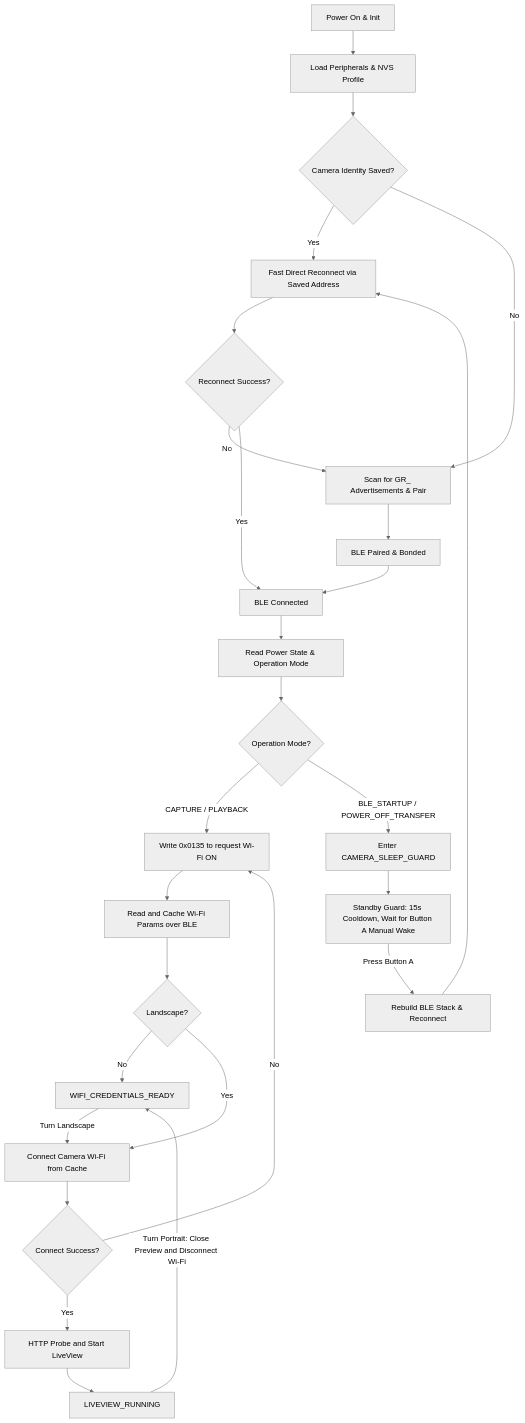
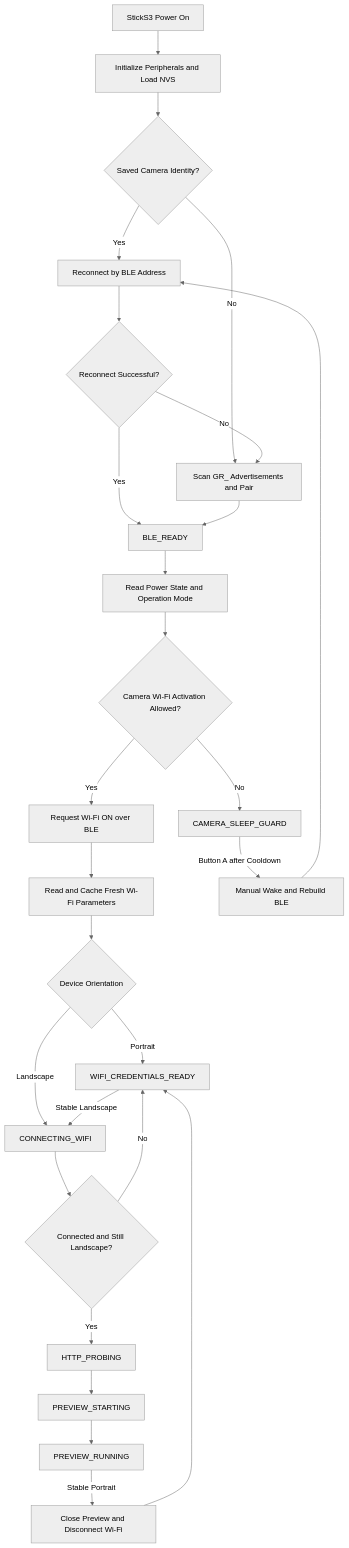
Before and after one commit to sky18Dragon/RICOH-GR-Live-View-Shooting: the diagram in README_EN.md, drawn with Mermaid (neutral theme). The commit also changed other lines of this file and 1 other file, not shown here.

Commit message:
docs: align readmes with posture-gated flow

````diff
--- a/README_EN.md
+++ b/README_EN.md
@@ -104,29 +129,29 @@
 ```mermaid
-graph TD
-    A[Power On & Init] --> B[Load Peripherals & NVS Profile]
-    B --> C{Camera Identity Saved?}
-    C -->|Yes| D[Fast Direct Reconnect via Saved Address]
-    C -->|No| E[Scan for GR_ Advertisements & Pair]
-    D --> F{Reconnect Success?}
+flowchart TD
+    A[StickS3 Power On] --> B[Initialize Peripherals and Load NVS]
+    B --> C{Saved Camera Identity?}
+    C -->|Yes| D[Reconnect by BLE Address]
+    C -->|No| E[Scan GR_ Advertisements and Pair]
+    D --> F{Reconnect Successful?}
     F -->|No| E
-    E --> G[BLE Paired & Bonded]
-    F -->|Yes| H[BLE Connected]
-    G --> H
-    H --> I[Read Power State & Operation Mode]
-    I --> J{Operation Mode?}
-    J -->|CAPTURE / PLAYBACK| K[Write 0x0135 to request Wi-Fi ON]
-    J -->|BLE_STARTUP / POWER_OFF_TRANSFER| L[Enter CAMERA_SLEEP_GUARD]
-    K --> M[Read and Cache Wi-Fi Params over BLE]
-    M --> U{Landscape?}
-    U -->|No| V[WIFI_CREDENTIALS_READY]
-    V -->|Turn Landscape| N[Connect Camera Wi-Fi from Cache]
-    U -->|Yes| N
-    N --> P{Connect Success?}
-    P -->|Yes| Q[HTTP Probe and Start LiveView]
-    P -->|No| K
-    Q --> R[LIVEVIEW_RUNNING]
-    R -->|Turn Portrait: Close Preview and Disconnect Wi-Fi| V
-    L --> S[Standby Guard: 15s Cooldown, Wait for Button A Manual Wake]
-    S -->|Press Button A| T[Rebuild BLE Stack & Reconnect]
-    T --> D
+    F -->|Yes| G[BLE_READY]
+    E --> G
+    G --> H[Read Power State and Operation Mode]
+    H --> I{Camera Wi-Fi Activation Allowed?}
+    I -->|No| J[CAMERA_SLEEP_GUARD]
+    I -->|Yes| K[Request Wi-Fi ON over BLE]
+    K --> L[Read and Cache Fresh Wi-Fi Parameters]
+    L --> M{Device Orientation}
+    M -->|Portrait| N[WIFI_CREDENTIALS_READY]
+    M -->|Landscape| O[CONNECTING_WIFI]
+    N -->|Stable Landscape| O
+    O --> P{Connected and Still Landscape?}
+    P -->|No| N
+    P -->|Yes| Q[HTTP_PROBING]
+    Q --> R[PREVIEW_STARTING]
+    R --> S[PREVIEW_RUNNING]
+    S -->|Stable Portrait| T[Close Preview and Disconnect Wi-Fi]
+    T --> N
+    J -->|Button A after Cooldown| U[Manual Wake and Rebuild BLE]
+    U --> D
 ```
````
